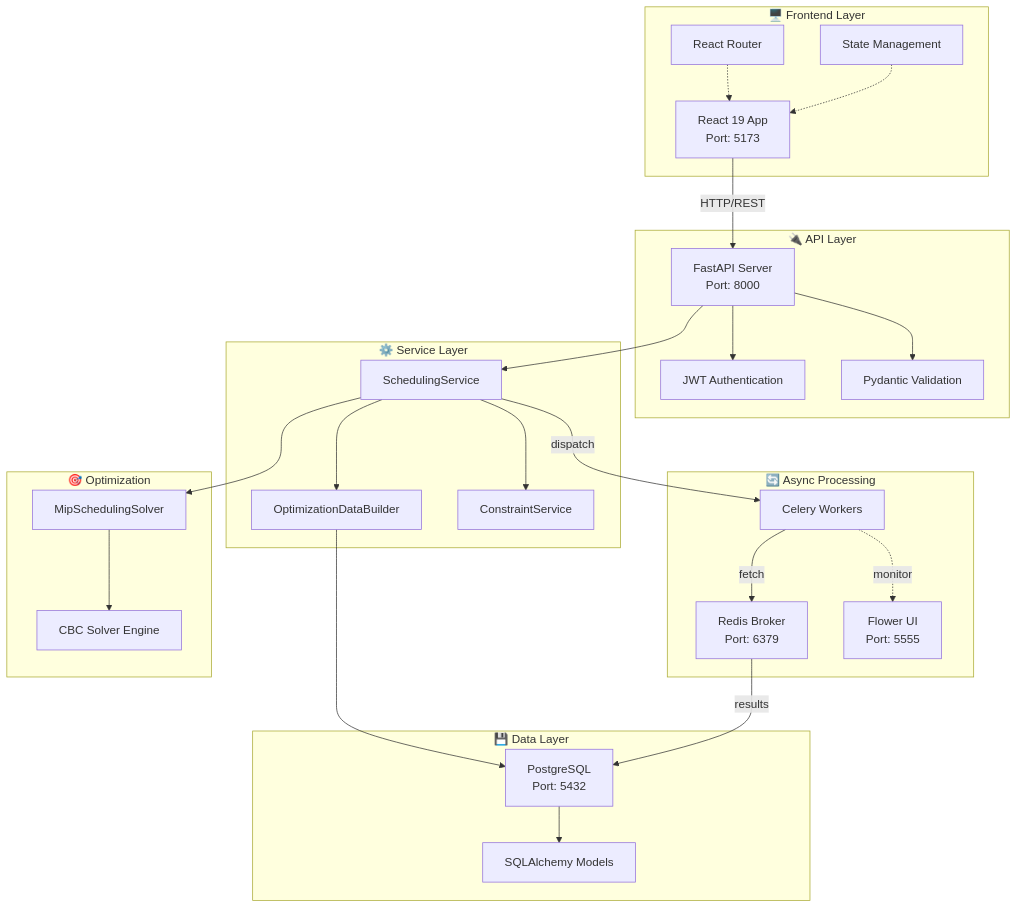
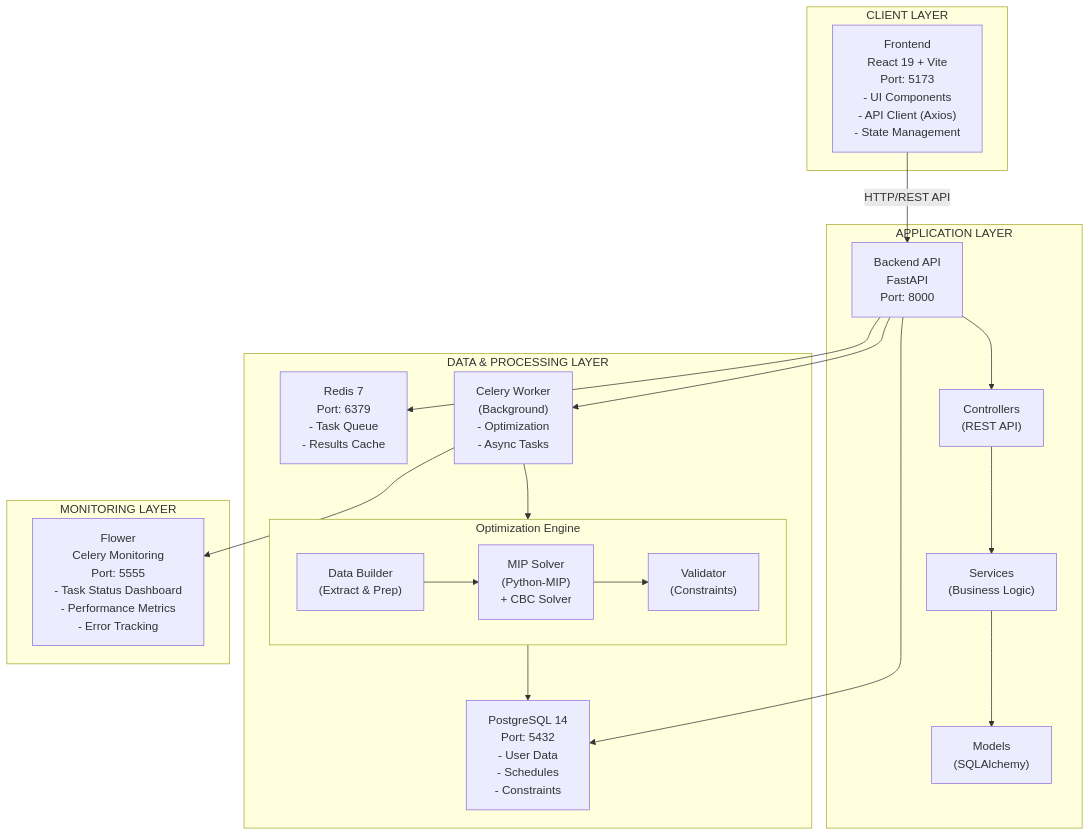
The first of 5 diagrams in PRESENTATION.md (AlonLivne007/smart-scheduling), drawn with Mermaid before and after one commit. The commit also changed other lines of this file, not shown here.

````diff
--- a/PRESENTATION.md
+++ b/PRESENTATION.md
@@ -94,53 +94,44 @@
 ```mermaid
 graph TB
-    subgraph Frontend["🖥️ Frontend Layer"]
-        React["React 19 App<br/>Port: 5173"]
-        Router["React Router"]
-        State["State Management"]
+    subgraph CLIENT["CLIENT LAYER"]
+        Frontend["Frontend<br/>React 19 + Vite<br/>Port: 5173<br/>- UI Components<br/>- API Client (Axios)<br/>- State Management"]
     end
-    
-    subgraph API["🔌 API Layer"]
-        FastAPI["FastAPI Server<br/>Port: 8000"]
-        Auth["JWT Authentication"]
-        Validation["Pydantic Validation"]
+
+    subgraph APP["APPLICATION LAYER"]
+        Backend["Backend API<br/>FastAPI<br/>Port: 8000"]
+        Controllers["Controllers<br/>(REST API)"]
+        Services["Services<br/>(Business Logic)"]
+        Models["Models<br/>(SQLAlchemy)"]
+
+        Controllers --> Services
+        Services --> Models
+        Backend --> Controllers
     end
-    
-    subgraph Services["⚙️ Service Layer"]
-        SchedulingService["SchedulingService"]
-        DataBuilder["OptimizationDataBuilder"]
-        ConstraintService["ConstraintService"]
+
+    subgraph DATA["DATA & PROCESSING LAYER"]
+        PostgreSQL["PostgreSQL 14<br/>Port: 5432<br/>- User Data<br/>- Schedules<br/>- Constraints"]
+        Redis["Redis 7<br/>Port: 6379<br/>- Task Queue<br/>- Results Cache"]
+        CeleryWorker["Celery Worker<br/>(Background)<br/>- Optimization<br/>- Async Tasks"]
+
+        subgraph OPT["Optimization Engine"]
+            DataBuilder["Data Builder<br/>(Extract & Prep)"]
+            MIPSolver["MIP Solver<br/>(Python-MIP)<br/>+ CBC Solver"]
+            Validator["Validator<br/>(Constraints)"]
+
+            DataBuilder --> MIPSolver
+            MIPSolver --> Validator
+        end
     end
-    
-    subgraph Async["🔄 Async Processing"]
-        Celery["Celery Workers"]
-        Redis["Redis Broker<br/>Port: 6379"]
-        Flower["Flower UI<br/>Port: 5555"]
+
+    subgraph MONITOR["MONITORING LAYER"]
+        Flower["Flower<br/>Celery Monitoring<br/>Port: 5555<br/>- Task Status Dashboard<br/>- Performance Metrics<br/>- Error Tracking"]
     end
-    
-    subgraph Optimization["🎯 Optimization"]
-        MipSolver["MipSchedulingSolver"]
-        CBC["CBC Solver Engine"]
-    end
-    
-    subgraph Data["💾 Data Layer"]
-        DB["PostgreSQL<br/>Port: 5432"]
-        Models["SQLAlchemy Models"]
-    end
-    
-    React -->|HTTP/REST| FastAPI
-    Router -.-> React
-    State -.-> React
-    FastAPI --> Auth
-    FastAPI --> Validation
-    FastAPI --> SchedulingService
-    SchedulingService --> DataBuilder
-    SchedulingService --> MipSolver
-    DataBuilder --> DB
-    MipSolver --> CBC
-    SchedulingService --> ConstraintService
-    SchedulingService -->|dispatch| Celery
-    Celery -->|fetch| Redis
-    Redis -->|results| DB
-    Celery -.->|monitor| Flower
-    DB --> Models
+
+    Frontend -->|HTTP/REST API| Backend
+    Backend --> PostgreSQL
+    Backend --> Redis
+    Backend --> CeleryWorker
+    CeleryWorker --> OPT
+    OPT --> PostgreSQL
+    CeleryWorker --> Flower
 ```
````
